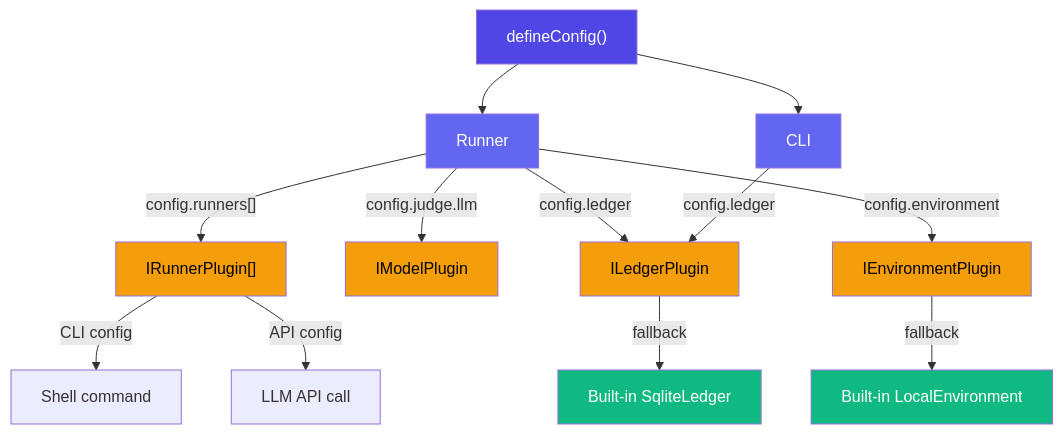
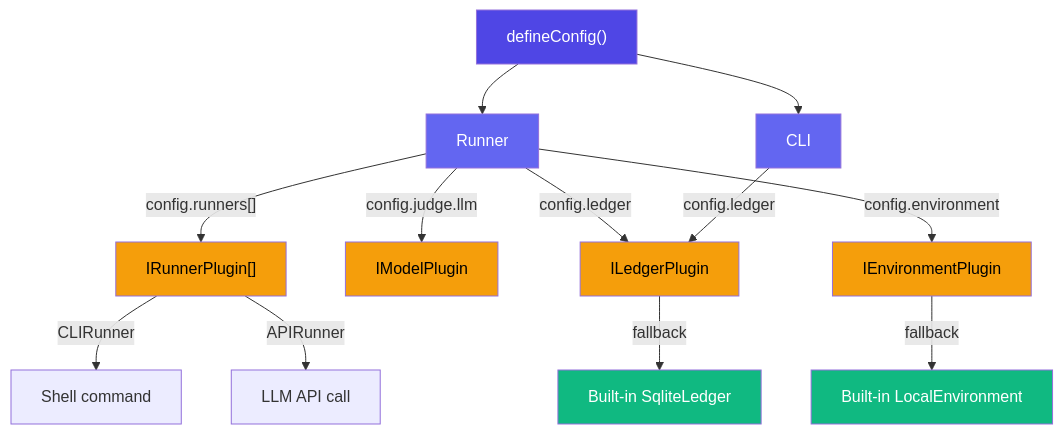
The second of 2 diagrams in apps/docs/guide/plugins.md (Tlahey/agent-eval), drawn with Mermaid before and after one commit. The commit also changed other lines of this file and 28 other files, not shown here.

````diff
--- a/apps/docs/guide/plugins.md
+++ b/apps/docs/guide/plugins.md
@@ -168,26 +169,26 @@
 ```mermaid
 flowchart TB
     CONFIG["defineConfig()"] --> RUNNER["Runner"]
     CONFIG --> CLI["CLI"]
 
     RUNNER -->|"config.runners[]"| RP["IRunnerPlugin[]"]
     RUNNER -->|"config.judge.llm"| MP["IModelPlugin"]
     RUNNER -->|"config.ledger"| LEDGER["ILedgerPlugin"]
     RUNNER -->|"config.environment"| ENV["IEnvironmentPlugin"]
     CLI -->|"config.ledger"| LEDGER
 
-    RP -->|"CLI config"| CLIR["Shell command"]
-    RP -->|"API config"| APIR["LLM API call"]
+    RP -->|"CLIRunner"| CLIR["Shell command"]
+    RP -->|"APIRunner"| APIR["LLM API call"]
     LEDGER -->|"fallback"| SQLITE["Built-in SqliteLedger"]
     ENV -->|"fallback"| LOCAL["Built-in LocalEnvironment"]
 
     style CONFIG fill:#4f46e5,color:#fff
     style RUNNER fill:#6366f1,color:#fff
     style CLI fill:#6366f1,color:#fff
     style RP fill:#f59e0b,color:#000
     style MP fill:#f59e0b,color:#000
     style LEDGER fill:#f59e0b,color:#000
     style ENV fill:#f59e0b,color:#000
     style SQLITE fill:#10b981,color:#fff
     style LOCAL fill:#10b981,color:#fff
 ```
````
